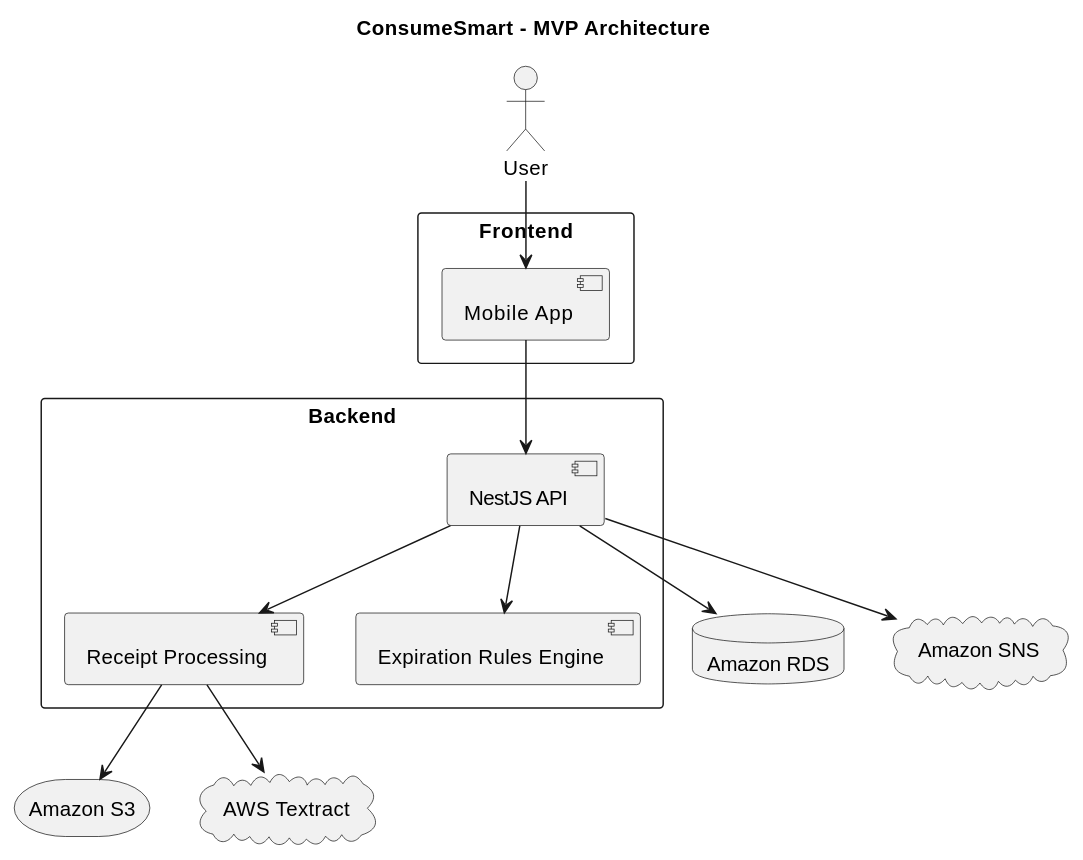
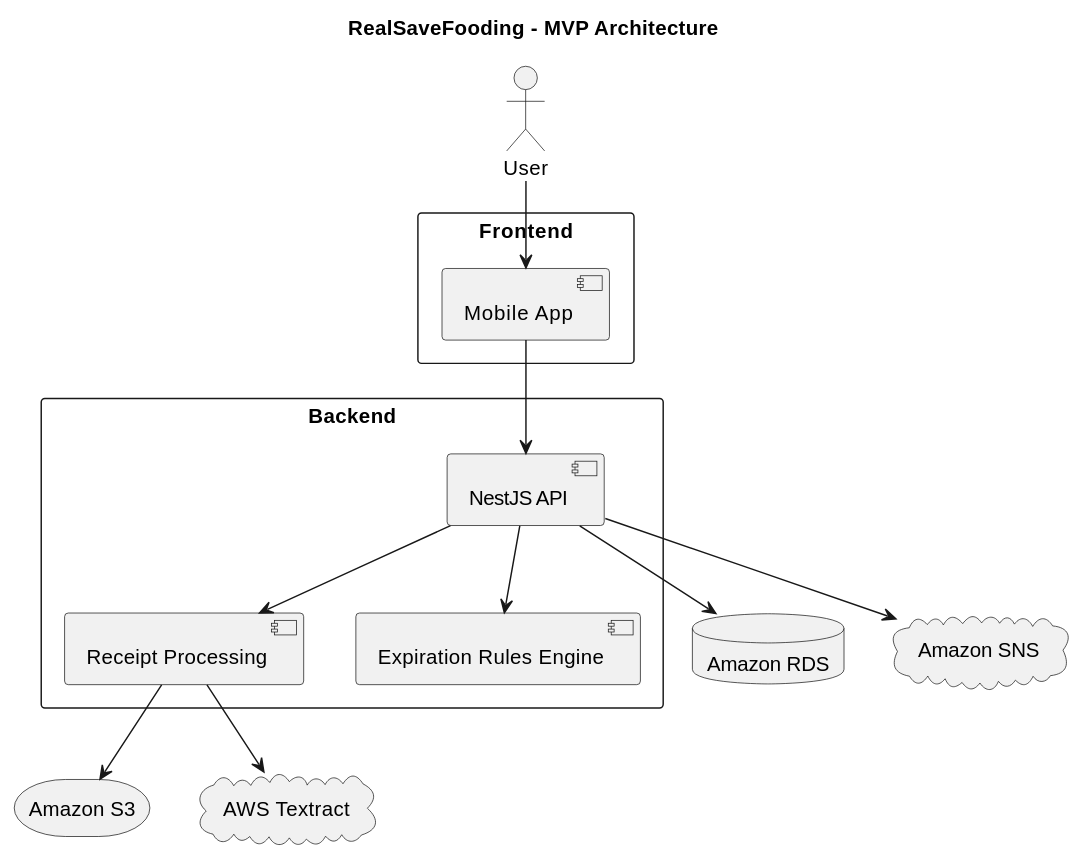
Before and after one commit to LIDR-academy/AI4Devs-finalproject: the fourth of 6 diagrams in docs/architecture/architecture.md, drawn with PlantUML. The commit also changed other lines of this file and 12 other files, not shown here.

Commit message:
Refactor project wrong references from ConsumeSmart to RealSaveFooding across documentation and configuration files

````diff
--- a/docs/architecture/architecture.md
+++ b/docs/architecture/architecture.md
@@ -154,42 +154,42 @@
 ```plantuml
 @startuml
-title ConsumeSmart - MVP Architecture
+title RealSaveFooding - MVP Architecture
 
 actor User
 
 rectangle "Frontend" {
     [Mobile App]
 }
 
 rectangle "Backend" {
     [NestJS API]
     [Receipt Processing]
     [Expiration Rules Engine]
 }
 
 database "Amazon RDS"
 
 storage "Amazon S3"
 
 cloud "AWS Textract"
 
 cloud "Amazon SNS"
 
 User --> [Mobile App]
 
 [Mobile App] --> [NestJS API]
 
 [NestJS API] --> "Amazon RDS"
 
 [NestJS API] --> [Expiration Rules Engine]
 
 [NestJS API] --> [Receipt Processing]
 
 [Receipt Processing] --> "Amazon S3"
 
 [Receipt Processing] --> "AWS Textract"
 
 [NestJS API] --> "Amazon SNS"
 
 @enduml
 ```
````
